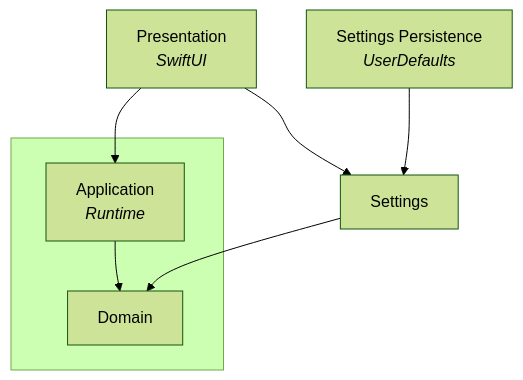
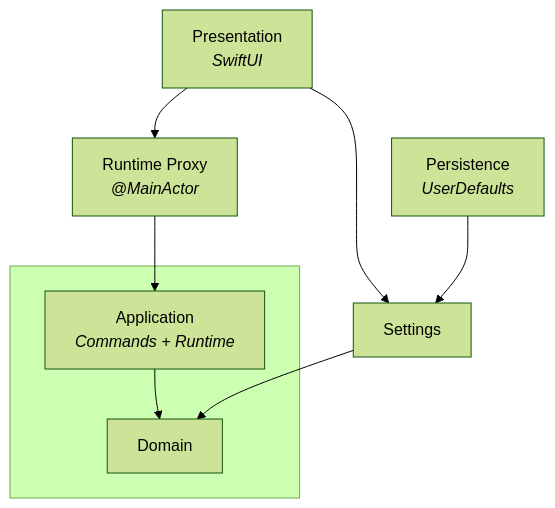
One commit to vitalydolgov/grain-desktop changed the diagram in README.md. Above: the diagram before and after it, drawn with Mermaid (forest theme). The commit also changed other lines of this file and 1 other file, not shown here.

Commit message:
Add RuntimeProxy to architecture diagram

````diff
--- a/README.md
+++ b/README.md
@@ -9,18 +9,20 @@
 ```mermaid
 flowchart TD
     P[Presentation\n<i>SwiftUI</i>]
+    R[Runtime Proxy\n<i>@MainActor</i>]
 
     subgraph ROW[" "]
-        A[Application\n<i>Runtime</i>]
+        A[Application\n<i>Commands + Runtime</i>]
         D[Domain]
         A --> D
     end
 
     S[Settings]
-    U[Settings Persistence\n<i>UserDefaults</i>]
+    U[Persistence\n<i>UserDefaults</i>]
 
-    P --> A
+    P --> R
+    R --> A
     P --> S
     S --> D
     U --> S
 ```
````
